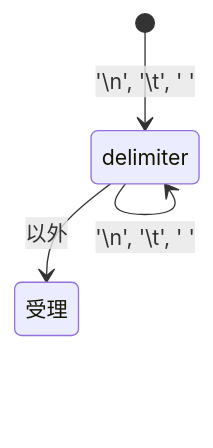
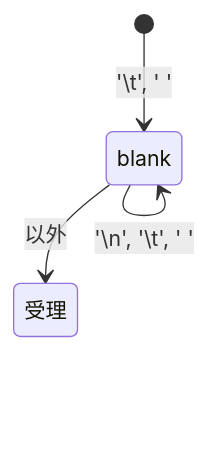
The eighth of 12 diagrams in docs/design_lexical_analyze.md (PalmNeko/minishell), drawn with Mermaid before and after one commit. The commit also changed other lines of this file, not shown here.

Commit message:
fix: name delimiter to blank add: bracket and newline

````diff
--- a/docs/design_lexical_analyze.md
+++ b/docs/design_lexical_analyze.md
@@ -125,6 +127,6 @@
 ```mermaid
 stateDiagram-v2
-	[*] --> delimiter: '\n', '\t', ' '
-	delimiter --> delimiter: '\n', '\t', ' '
-	delimiter --> 受理: 以外
+	[*] --> blank: '\t', ' '
+	blank --> blank: '\n', '\t', ' '
+	blank --> 受理: 以外
 ```
````
